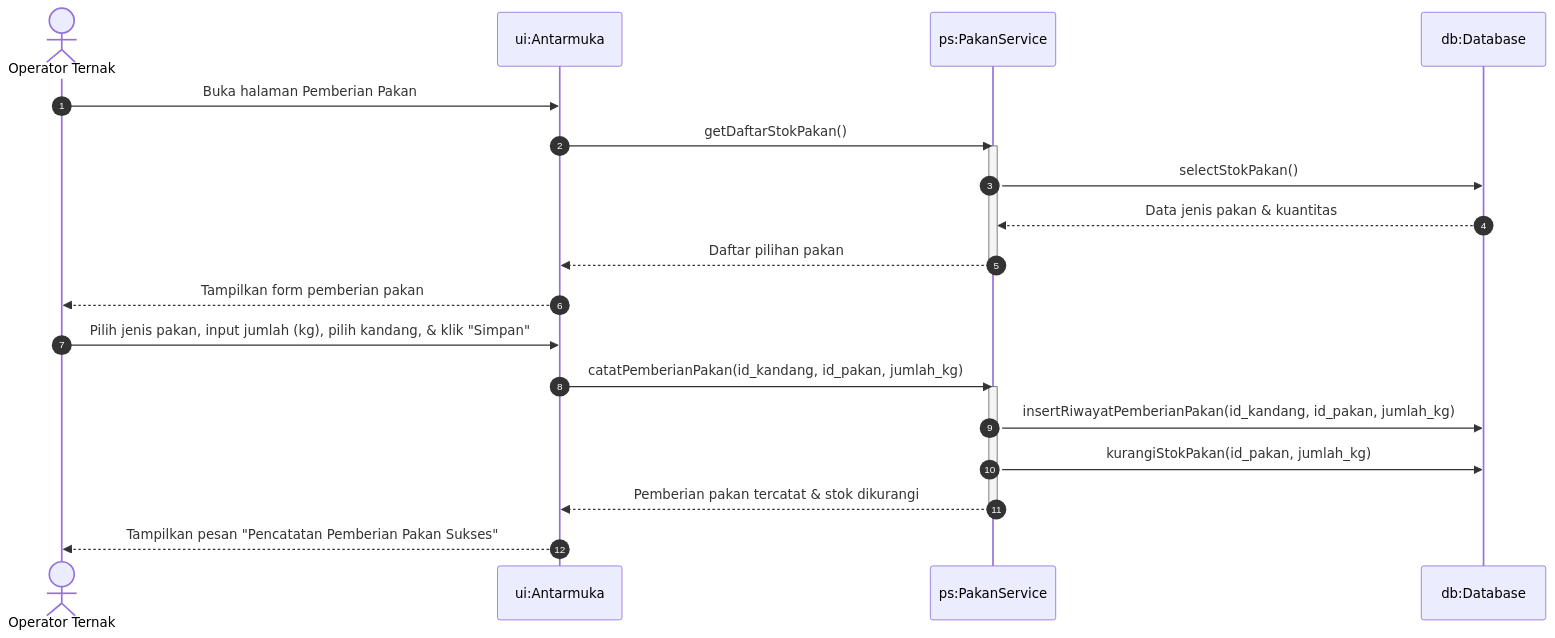
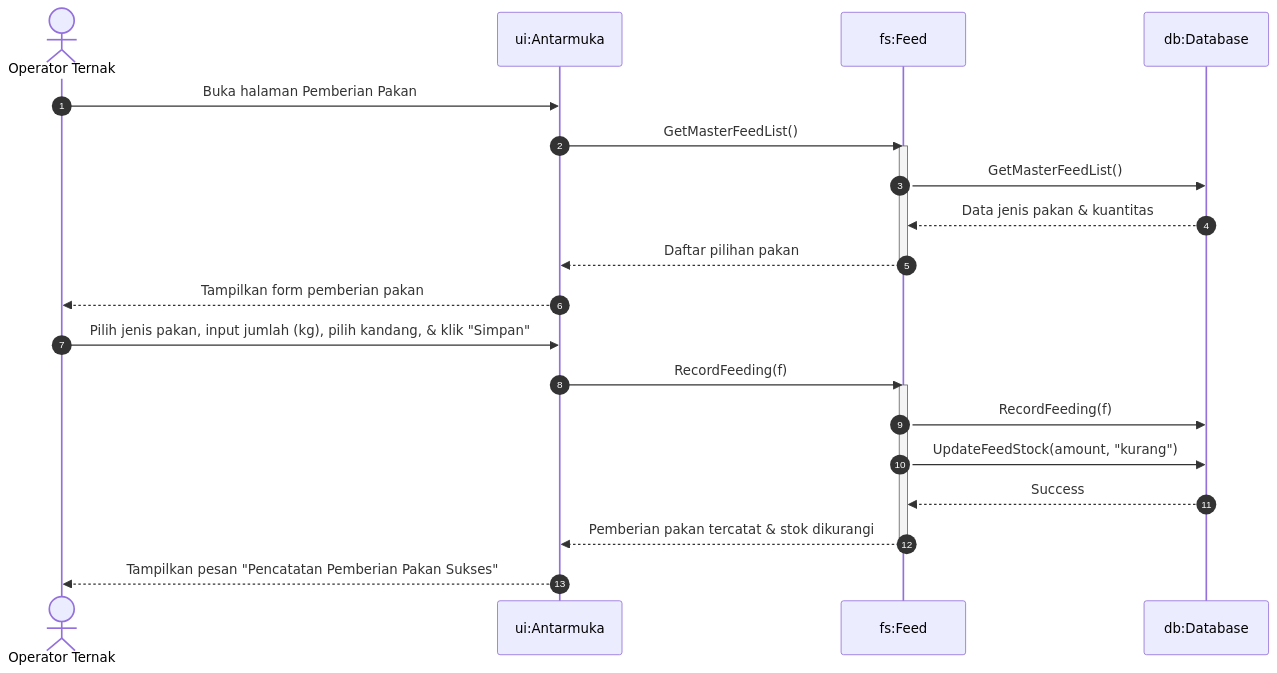
One commit to MuhammadHamidy/Farmease changed the fifth of 11 diagrams in docs/livestock_module_sequence_diagrams.md. Above: the diagram before and after it, drawn with Mermaid. The commit also changed other lines of this file and 299 other files, not shown here.

````diff
--- a/docs/livestock_module_sequence_diagrams.md
+++ b/docs/livestock_module_sequence_diagrams.md
@@ -149,26 +139,27 @@
 ```mermaid
 sequenceDiagram
     autonumber
     actor Operator as Operator Ternak
     participant UI as ui:Antarmuka
-    participant PS as ps:PakanService
+    participant FS as fs:Feed
     participant DB as db:Database
 
     Operator->>UI: Buka halaman Pemberian Pakan
-    UI->>PS: getDaftarStokPakan()
-    activate PS
-    PS->>DB: selectStokPakan()
-    DB-->>PS: Data jenis pakan & kuantitas
-    PS-->>UI: Daftar pilihan pakan
-    deactivate PS
+    UI->>FS: GetMasterFeedList()
+    activate FS
+    FS->>DB: GetMasterFeedList()
+    DB-->>FS: Data jenis pakan & kuantitas
+    FS-->>UI: Daftar pilihan pakan
+    deactivate FS
     UI-->>Operator: Tampilkan form pemberian pakan
 
     Operator->>UI: Pilih jenis pakan, input jumlah (kg), pilih kandang, & klik "Simpan"
-    UI->>PS: catatPemberianPakan(id_kandang, id_pakan, jumlah_kg)
-    activate PS
-    PS->>DB: insertRiwayatPemberianPakan(id_kandang, id_pakan, jumlah_kg)
-    PS->>DB: kurangiStokPakan(id_pakan, jumlah_kg)
-    PS-->>UI: Pemberian pakan tercatat & stok dikurangi
-    deactivate PS
+    UI->>FS: RecordFeeding(f)
+    activate FS
+    FS->>DB: RecordFeeding(f)
+    FS->>DB: UpdateFeedStock(amount, "kurang")
+    DB-->>FS: Success
+    FS-->>UI: Pemberian pakan tercatat & stok dikurangi
+    deactivate FS
     UI-->>Operator: Tampilkan pesan "Pencatatan Pemberian Pakan Sukses"
 ```
````
